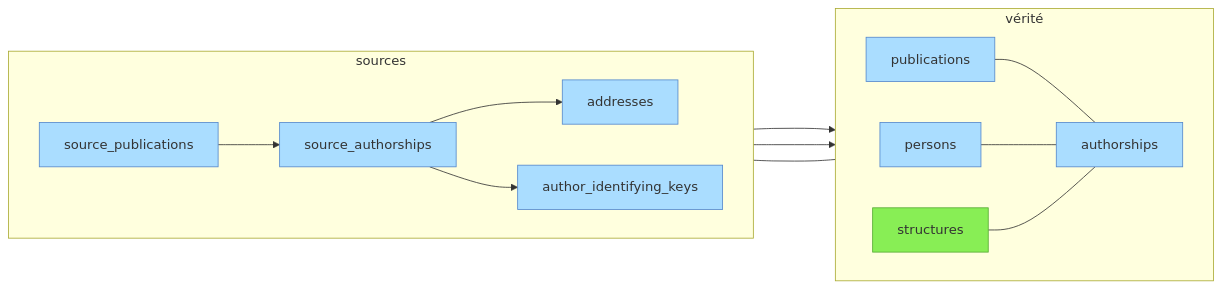
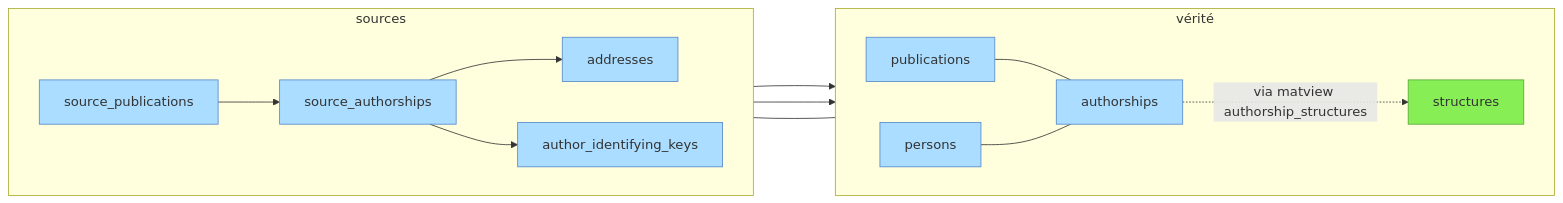
Before and after one commit to Y33sha/bibliometrie-uca: the second of 2 diagrams in docs/donnees/01-vue-d-ensemble.md, drawn with Mermaid. The commit also changed other lines of this file and 5 other files, not shown here.

````diff
--- a/docs/donnees/01-vue-d-ensemble.md
+++ b/docs/donnees/01-vue-d-ensemble.md
@@ -34,23 +34,24 @@
 ```mermaid
 flowchart LR
     subgraph sources
     direction LR
         source_publications-->source_authorships
         source_authorships-->addresses
         source_authorships-->author_identifying_keys
     end
     subgraph vérité
         direction LR
         publications---authorships
         persons---authorships
-        structures---authorships
+        authorships-.->|via matview authorship_structures|structures
+
     end
     source_publications--->publications
     author_identifying_keys--->persons
     addresses---structures
 
     classDef manuel  fill:#8e5,stroke:#5a3
     classDef auto fill:#adf,stroke:#58c
     class structures manuel;
     class source_authorships,source_publications,publications,authorships,persons,addresses,author_identifying_keys auto
 ```
````
